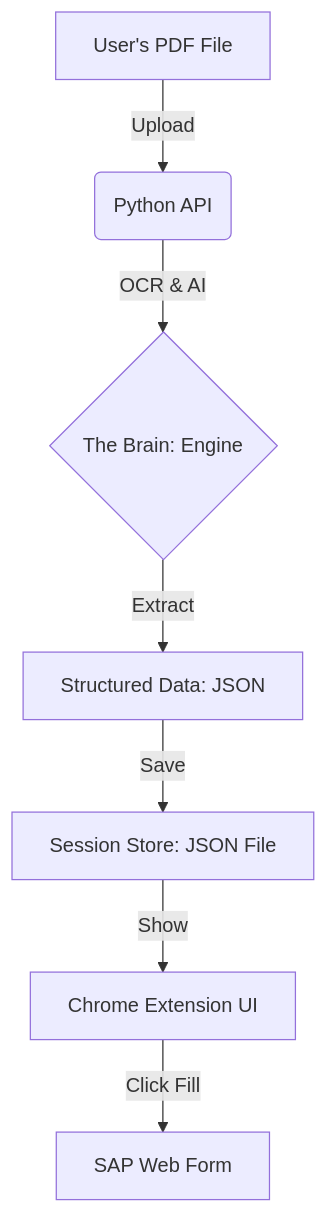
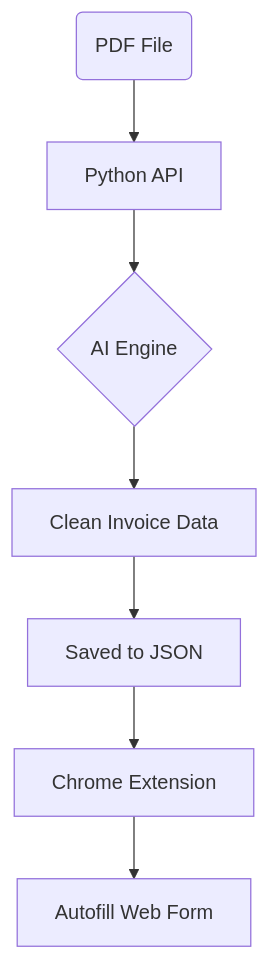
One commit to Mmbsaksd/invoice_extention changed the diagram in README.md. Above: the diagram before and after it, drawn with Mermaid. The commit also changed other lines of this file and 7 other files, not shown here.

Commit message:
feat: Introduce Chrome extension for SAP invoice extraction and form automation.

````diff
--- a/README.md
+++ b/README.md
@@ -11,9 +11,9 @@
 ```mermaid
 flowchart TD
-    A[User's PDF File] -->|Upload| B(Python API)
-    B -->|OCR & AI| C{The Brain: Engine}
-    C -->|Extract| D[Structured Data: JSON]
-    D -->|Save| E[Session Store: JSON File]
-    E -->|Show| F[Chrome Extension UI]
-    F -->|Click Fill| G[SAP Web Form]
+    Start(PDF File) --> Upload[Python API]
+    Upload --> Brain{AI Engine}
+    Brain --> Data[Clean Invoice Data]
+    Data --> Store[Saved to JSON]
+    Store --> UI[Chrome Extension]
+    UI --> SAP[Autofill Web Form]
 ```
````
